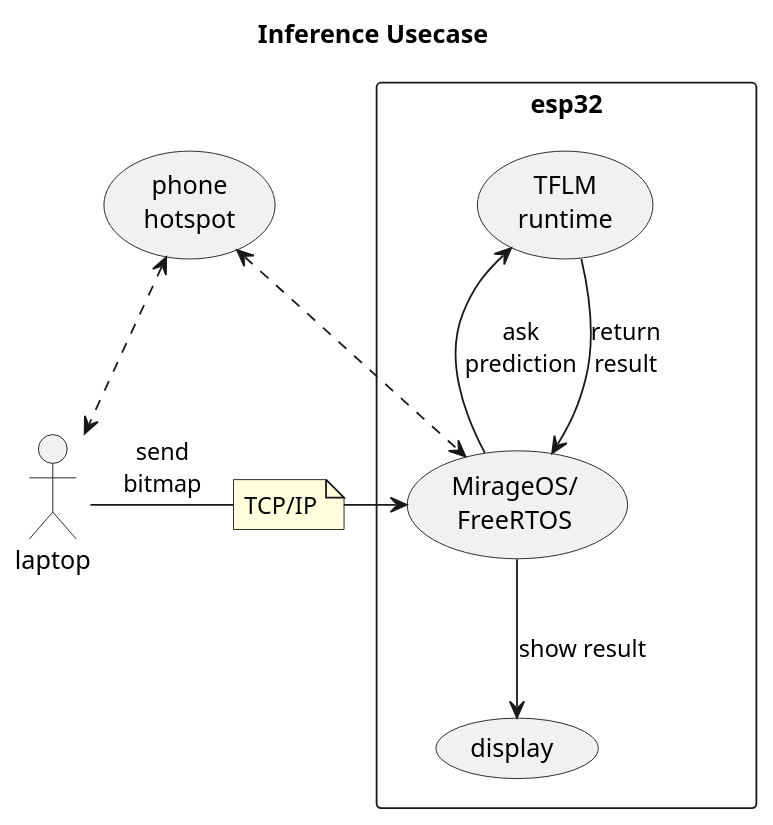
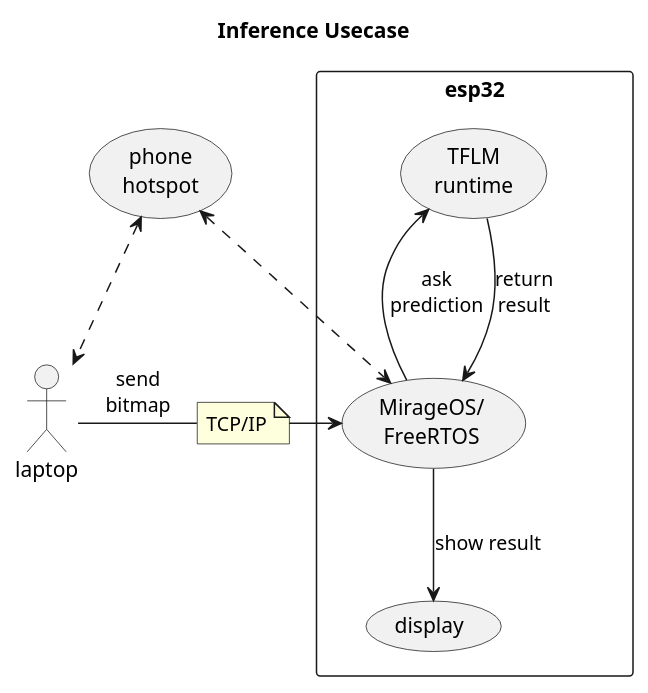
One commit to doyu/elc2019 changed the diagram in demo-uc.puml. Above: the diagram before and after it, drawn with PlantUML. The commit also changed 14 other files, not shown here.

```diff
--- a/demo-uc.puml
+++ b/demo-uc.puml
@@ -1,21 +1,20 @@
 @startuml
-scale 1.2
 skinparam pacakgeStyle rectangle
 actor laptop
 title Inference Usecase
 
 note "TCP/IP" as tcpip
 
 
 (phone\nhotspot) <..> laptop
 
 rectangle esp32 {
         (phone\nhotspot) <..> (MirageOS/\nFreeRTOS)
         laptop -right- tcpip: "send\nbitmap"
         tcpip -right-> (MirageOS/\nFreeRTOS)
         (MirageOS/\nFreeRTOS) -up-> (TFLM\nruntime): "ask\nprediction"
         (TFLM\nruntime) -down-> (MirageOS/\nFreeRTOS): "return\nresult"
         (MirageOS/\nFreeRTOS) -down-> (display): "show result"
 }
 
 @enduml
```
